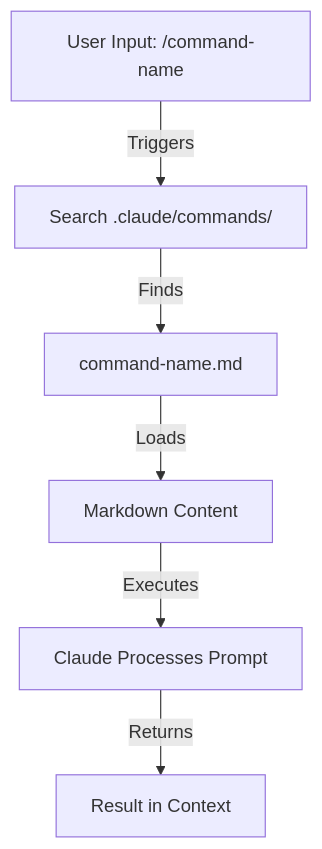
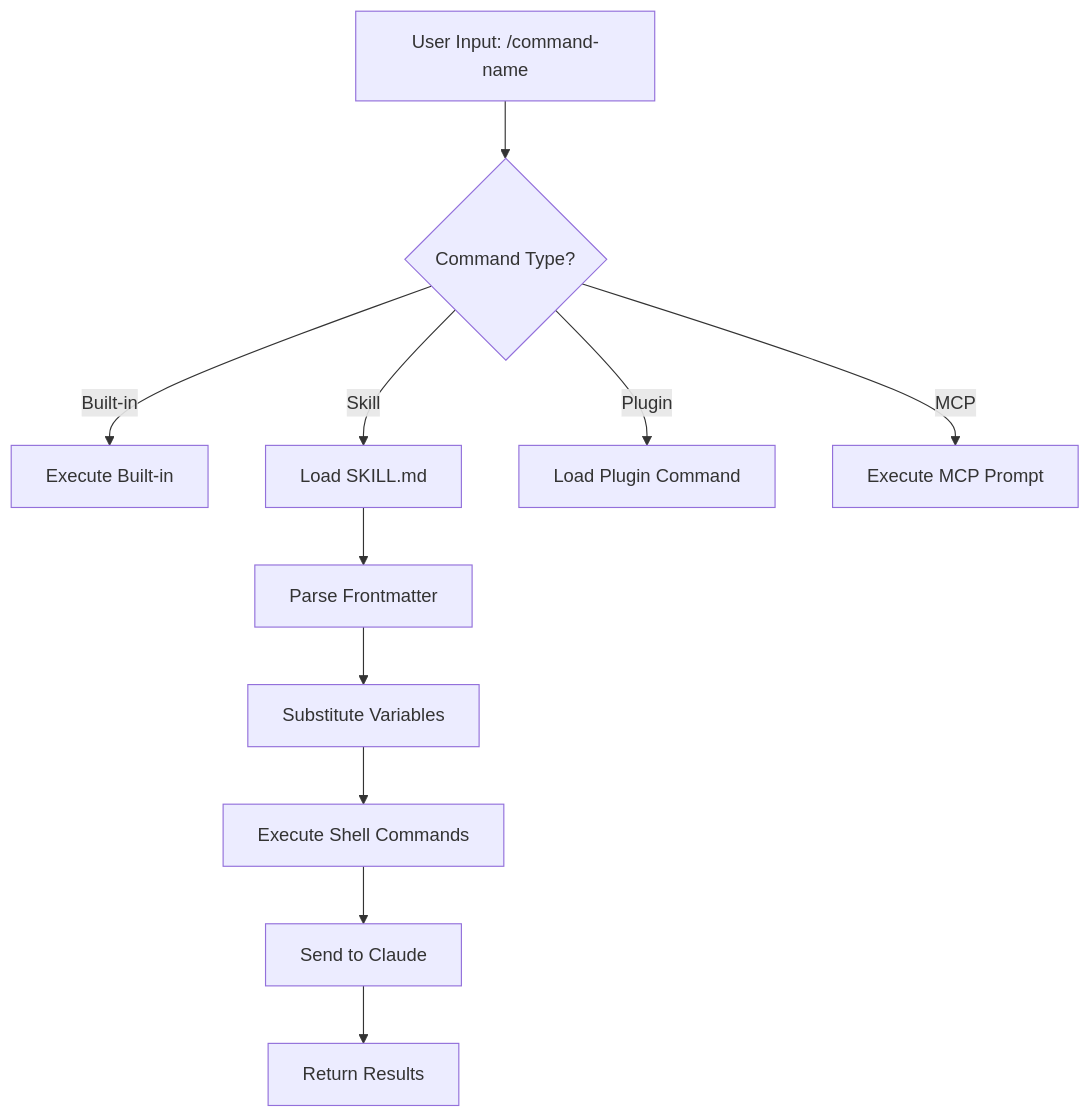
One commit to omnimasudo/croft-howto changed the first of 2 diagrams in 01-slash-commands/README.md. Above: the diagram before and after it, drawn with Mermaid. The commit also changed other lines of this file, not shown here.

First line of the commit message:
docs: Update slash commands guide to reflect skills merge

````diff
--- a/01-slash-commands/README.md
+++ b/01-slash-commands/README.md
@@ -293,8 +248,14 @@
 ```mermaid
 graph TD
-    A["User Input: /command-name"] -->|Triggers| B["Search .claude/commands/"]
-    B -->|Finds| C["command-name.md"]
-    C -->|Loads| D["Markdown Content"]
-    D -->|Executes| E["Claude Processes Prompt"]
-    E -->|Returns| F["Result in Context"]
+    A["User Input: /command-name"] --> B{"Command Type?"}
+    B -->|Built-in| C["Execute Built-in"]
+    B -->|Skill| D["Load SKILL.md"]
+    B -->|Plugin| E["Load Plugin Command"]
+    B -->|MCP| F["Execute MCP Prompt"]
+
+    D --> G["Parse Frontmatter"]
+    G --> H["Substitute Variables"]
+    H --> I["Execute Shell Commands"]
+    I --> J["Send to Claude"]
+    J --> K["Return Results"]
 ```
````
